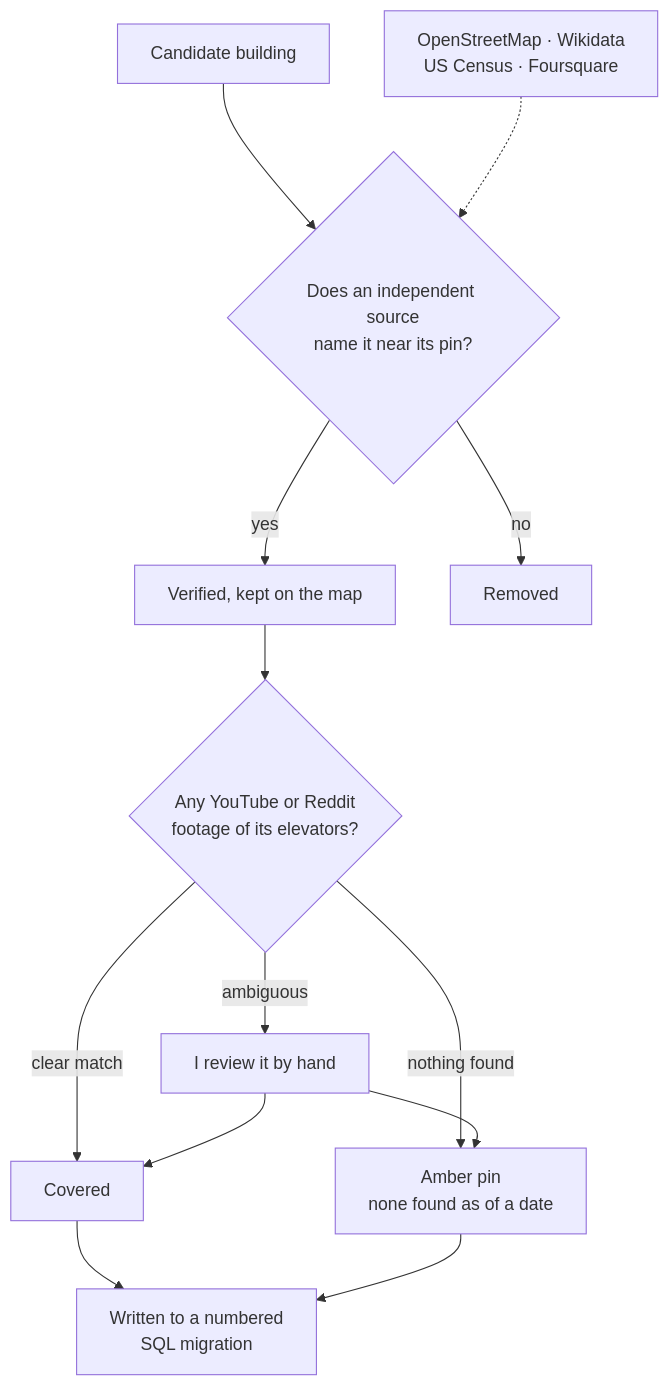
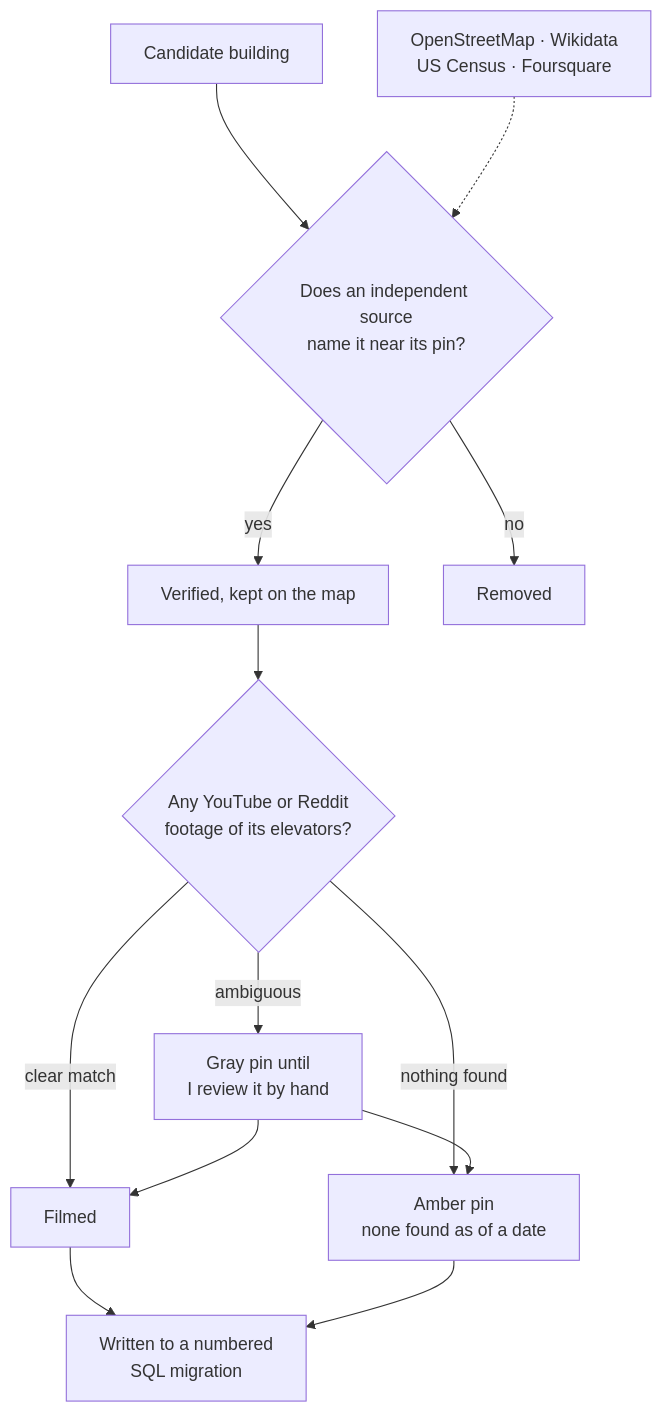
Before and after one commit to selinmutlu06/LiftSpot: the third of 4 diagrams in README.md, drawn with Mermaid. The commit also changed other lines of this file, not shown here.

Commit message:
README: filmed/gray pin states in the flowchart, Census towns, merged duplicates

````diff
--- a/README.md
+++ b/README.md
@@ -126,21 +126,21 @@
 ```mermaid
 ---
 config:
   fontFamily: "-apple-system, BlinkMacSystemFont, Segoe UI, Noto Sans, Helvetica, Arial, sans-serif"
   themeVariables:
     fontFamily: "-apple-system, BlinkMacSystemFont, Segoe UI, Noto Sans, Helvetica, Arial, sans-serif"
 ---
 flowchart TD
     A["Candidate building"] --> V{"Does an independent source<br/>name it near its pin?"}
     S["OpenStreetMap · Wikidata<br/>US Census · Foursquare"] -.-> V
     V -- "yes" --> K["Verified, kept on the map"]
     V -- "no" --> X["Removed"]
     K --> Y{"Any YouTube or Reddit<br/>footage of its elevators?"}
-    Y -- "clear match" --> C["Covered"]
+    Y -- "clear match" --> C["Filmed"]
     Y -- "nothing found" --> P["Amber pin<br/>none found as of a date"]
-    Y -- "ambiguous" --> H["I review it by hand"]
+    Y -- "ambiguous" --> H["Gray pin until<br/>I review it by hand"]
     H --> C
     H --> P
     C --> M["Written to a numbered<br/>SQL migration"]
     P --> M
 ```
````
